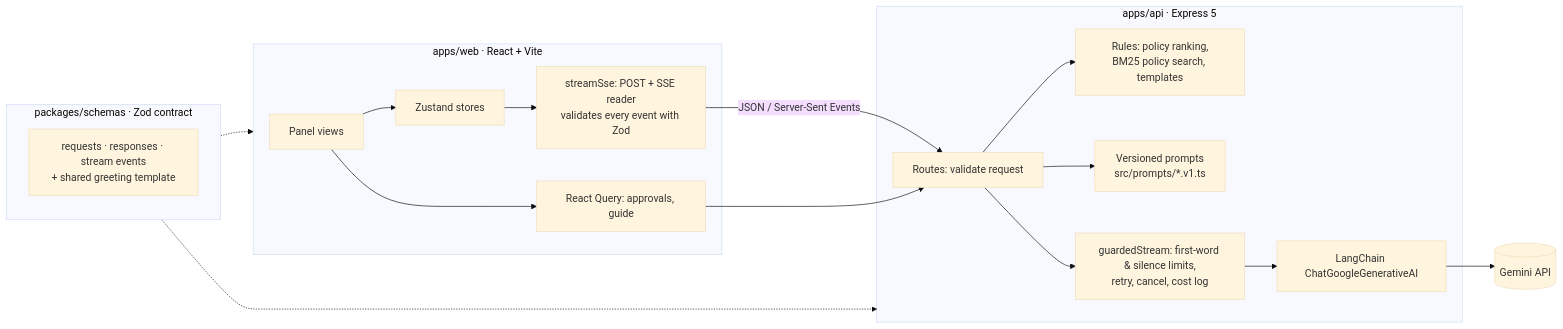
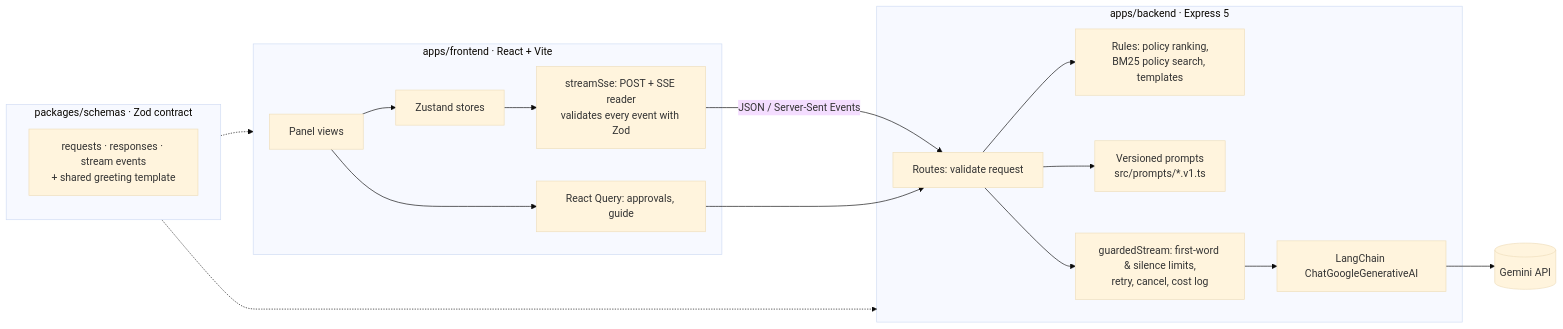
One commit to vtechkicksin/ai-approvals-panel changed the diagram in README.md. Above: the diagram before and after it, drawn with Mermaid (base theme). The commit also changed other lines of this file and 162 other files, not shown here.

````diff
--- a/README.md
+++ b/README.md
@@ -77,22 +77,22 @@
 ```mermaid
 flowchart LR
-  subgraph Web["apps/web · React + Vite"]
+  subgraph Web["apps/frontend · React + Vite"]
     UI[Panel views] --> Stores[Zustand stores]
     Stores --> SSE[streamSse: POST + SSE reader<br/>validates every event with Zod]
     UI --> RQ[React Query: approvals, guide]
   end
   subgraph Shared["packages/schemas · Zod contract"]
     Contract[requests · responses · stream events<br/>+ shared greeting template]
   end
-  subgraph API["apps/api · Express 5"]
+  subgraph API["apps/backend · Express 5"]
     Routes[Routes: validate request] --> Rules[Rules: policy ranking,<br/>BM25 policy search, templates]
     Routes --> Prompts[Versioned prompts<br/>src/prompts/*.v1.ts]
     Routes --> Guard[guardedStream: first-word & silence limits,<br/>retry, cancel, cost log]
     Guard --> LC[LangChain ChatGoogleGenerativeAI]
   end
   SSE -- "JSON / Server-Sent Events" --> Routes
   RQ --> Routes
   LC --> Gemini[(Gemini API)]
   Shared -.-> Web
   Shared -.-> API
 ```
````
